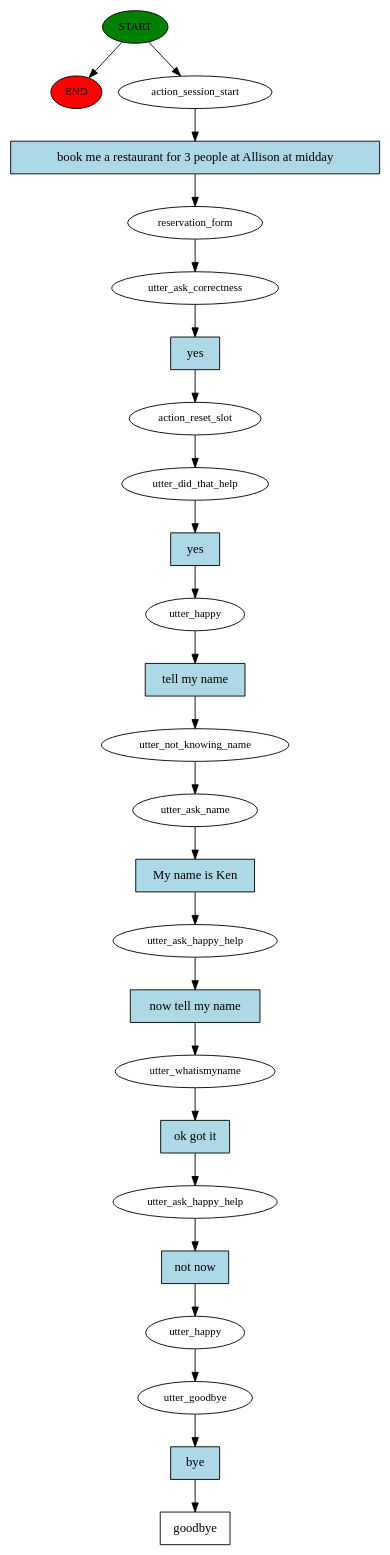
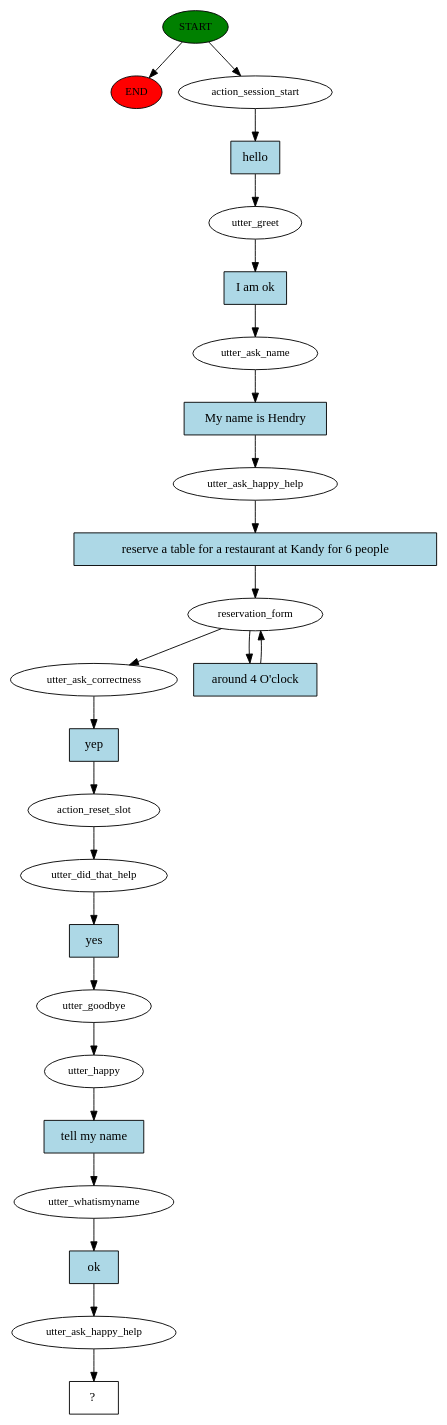
The diagram in story_graph.dot (ShafeekSaleem/ConversationalAI_ReservationBot), drawn with Graphviz before and after one commit. The commit also changed 3 other files, not shown here.

```diff
--- a/story_graph.dot
+++ b/story_graph.dot
@@ -1,51 +1,50 @@
 digraph  {
 0 [class="start active", fillcolor=green, fontsize=12, label=START, style=filled];
 "-1" [class=end, fillcolor=red, fontsize=12, label=END, style=filled];
 1 [class=active, fontsize=12, label=action_session_start];
-2 [class=active, fontsize=12, label=reservation_form];
-3 [class=active, fontsize=12, label=utter_ask_correctness];
-4 [class=active, fontsize=12, label=action_reset_slot];
-5 [class=active, fontsize=12, label=utter_did_that_help];
-6 [class=active, fontsize=12, label=utter_happy];
-7 [class=active, fontsize=12, label=utter_not_knowing_name];
-8 [class=active, fontsize=12, label=utter_ask_name];
-9 [class=active, fontsize=12, label=utter_ask_happy_help];
-10 [class=active, fontsize=12, label=utter_whatismyname];
-11 [class=active, fontsize=12, label=utter_ask_happy_help];
-12 [class=active, fontsize=12, label=utter_happy];
-13 [class=active, fontsize=12, label=utter_goodbye];
-14 [class="intent dashed active", label=goodbye, shape=rect];
-15 [class="intent active", fillcolor=lightblue, label="book me a restaurant for 3 people at Allison at midday", shape=rect, style=filled];
-16 [class="intent active", fillcolor=lightblue, label=yes, shape=rect, style=filled];
-17 [class="intent active", fillcolor=lightblue, label=yes, shape=rect, style=filled];
-18 [class="intent active", fillcolor=lightblue, label="tell my name", shape=rect, style=filled];
-19 [class="intent active", fillcolor=lightblue, label="My name is Ken", shape=rect, style=filled];
-20 [class="intent active", fillcolor=lightblue, label="now tell my name", shape=rect, style=filled];
-21 [class="intent active", fillcolor=lightblue, label="ok got it", shape=rect, style=filled];
-22 [class="intent active", fillcolor=lightblue, label="not now", shape=rect, style=filled];
-23 [class="intent active", fillcolor=lightblue, label=bye, shape=rect, style=filled];
+2 [class=active, fontsize=12, label=utter_greet];
+3 [class=active, fontsize=12, label=utter_ask_name];
+4 [class=active, fontsize=12, label=utter_ask_happy_help];
+5 [class=active, fontsize=12, label=reservation_form];
+7 [class=active, fontsize=12, label=utter_ask_correctness];
+8 [class=active, fontsize=12, label=action_reset_slot];
+9 [class=active, fontsize=12, label=utter_did_that_help];
+10 [class=active, fontsize=12, label=utter_goodbye];
+11 [class=active, fontsize=12, label=utter_happy];
+12 [class=active, fontsize=12, label=utter_whatismyname];
+13 [class=active, fontsize=12, label=utter_ask_happy_help];
+14 [class="intent dashed active", label="  ?  ", shape=rect];
+15 [class="intent active", fillcolor=lightblue, label=hello, shape=rect, style=filled];
+16 [class="intent active", fillcolor=lightblue, label="I am ok", shape=rect, style=filled];
+17 [class="intent active", fillcolor=lightblue, label="My name is Hendry", shape=rect, style=filled];
+18 [class="intent active", fillcolor=lightblue, label="reserve a table for a restaurant at Kandy for 6 people", shape=rect, style=filled];
+19 [class="intent active", fillcolor=lightblue, label="around 4 O'clock", shape=rect, style=filled];
+20 [class="intent active", fillcolor=lightblue, label=yep, shape=rect, style=filled];
+21 [class="intent active", fillcolor=lightblue, label=yes, shape=rect, style=filled];
+22 [class="intent active", fillcolor=lightblue, label="tell my name", shape=rect, style=filled];
+23 [class="intent active", fillcolor=lightblue, label=ok, shape=rect, style=filled];
 0 -> "-1"  [class="", key=NONE, label=""];
 0 -> 1  [class=active, key=NONE, label=""];
 1 -> 15  [class=active, key=0];
-2 -> 3  [class=active, key=NONE, label=""];
-3 -> 16  [class=active, key=0];
-4 -> 5  [class=active, key=NONE, label=""];
-5 -> 17  [class=active, key=0];
-6 -> 18  [class=active, key=0];
-7 -> 8  [class=active, key=NONE, label=""];
-8 -> 19  [class=active, key=0];
-9 -> 20  [class=active, key=0];
-10 -> 21  [class=active, key=0];
+2 -> 16  [class=active, key=0];
+3 -> 17  [class=active, key=0];
+4 -> 18  [class=active, key=0];
+5 -> 7  [class=active, key=NONE, label=""];
+5 -> 19  [class=active, key=0];
+7 -> 20  [class=active, key=0];
+8 -> 9  [class=active, key=NONE, label=""];
+9 -> 21  [class=active, key=0];
+10 -> 11  [class=active, key=NONE, label=""];
 11 -> 22  [class=active, key=0];
-12 -> 13  [class=active, key=NONE, label=""];
-13 -> 23  [class=active, key=0];
+12 -> 23  [class=active, key=0];
+13 -> 14  [class=active, key=NONE, label=""];
 15 -> 2  [class=active, key=0];
-16 -> 4  [class=active, key=0];
-17 -> 6  [class=active, key=0];
-18 -> 7  [class=active, key=0];
-19 -> 9  [class=active, key=0];
-20 -> 10  [class=active, key=0];
-21 -> 11  [class=active, key=0];
+16 -> 3  [class=active, key=0];
+17 -> 4  [class=active, key=0];
+18 -> 5  [class=active, key=0];
+19 -> 5  [class=active, key=0];
+20 -> 8  [class=active, key=0];
+21 -> 10  [class=active, key=0];
 22 -> 12  [class=active, key=0];
-23 -> 14  [class=active, key=0];
+23 -> 13  [class=active, key=0];
 }
```
